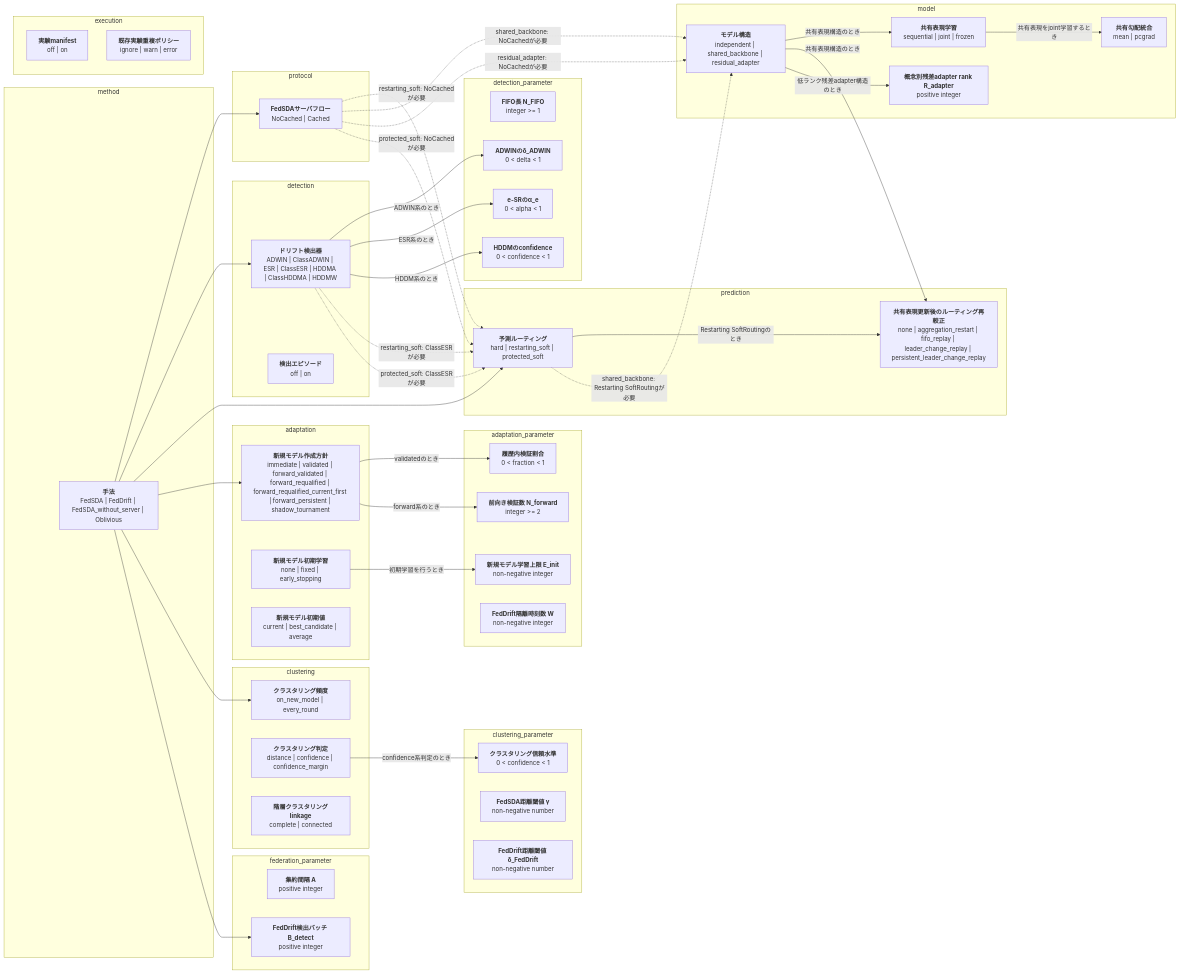
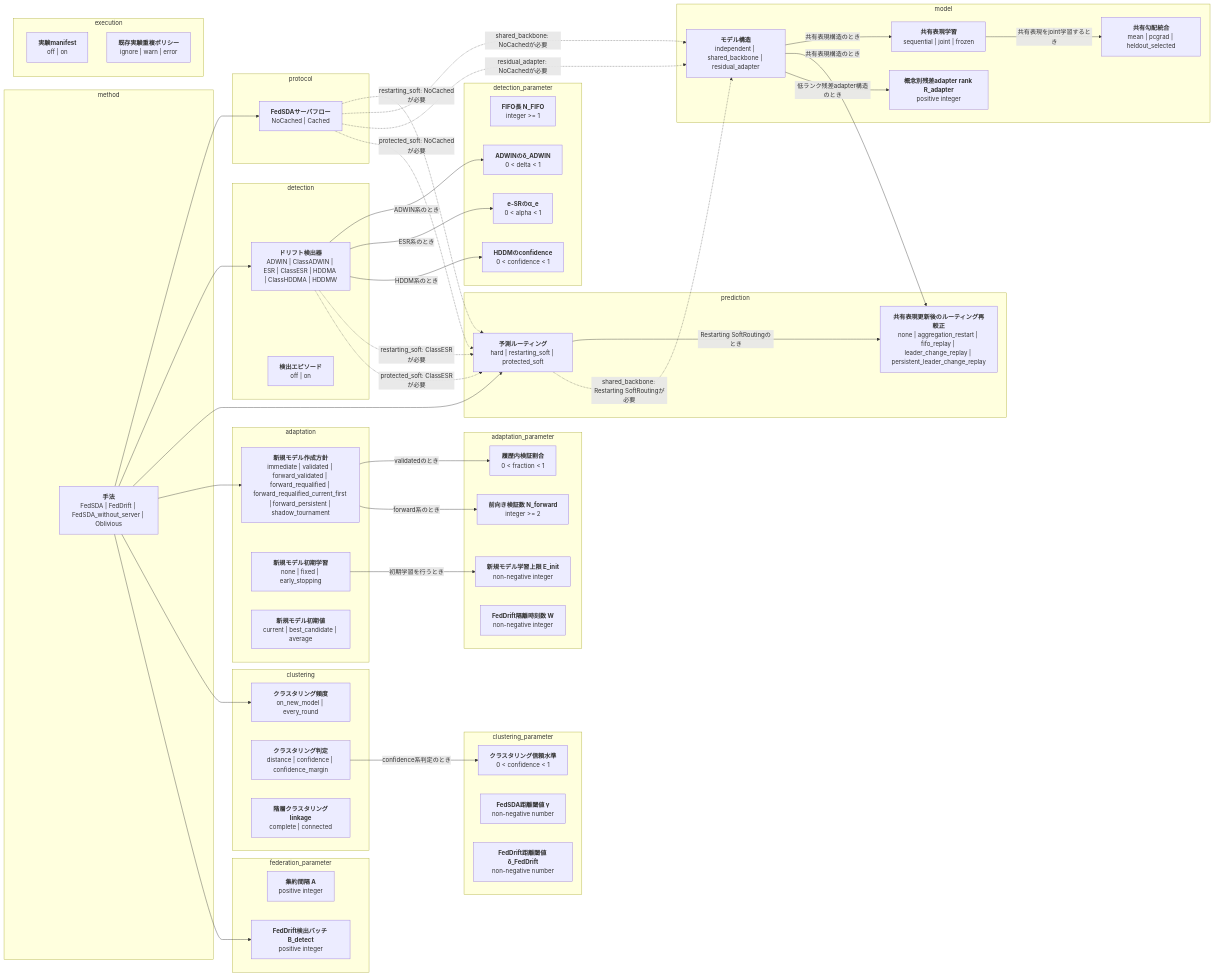
The first of 2 diagrams in docs/options.md (shimmen3141/FedSDA-experiment), drawn with Mermaid before and after one commit. The commit also changed other lines of this file and 11 other files, not shown here.

```diff
--- a/docs/options.md
+++ b/docs/options.md
@@ -34,7 +34,7 @@
   subgraph group_model[model]
     model_architecture["<b>モデル構造</b><br/>independent | shared_backbone | residual_adapter"]
     shared_backbone_training["<b>共有表現学習</b><br/>sequential | joint | frozen"]
-    shared_backbone_gradient_strategy["<b>共有勾配統合</b><br/>mean | pcgrad"]
+    shared_backbone_gradient_strategy["<b>共有勾配統合</b><br/>mean | pcgrad | heldout_selected"]
     shared_adapter_rank["<b>概念別残差adapter rank R_adapter</b><br/>positive integer"]
   end
   subgraph group_adaptation[adaptation]
```
